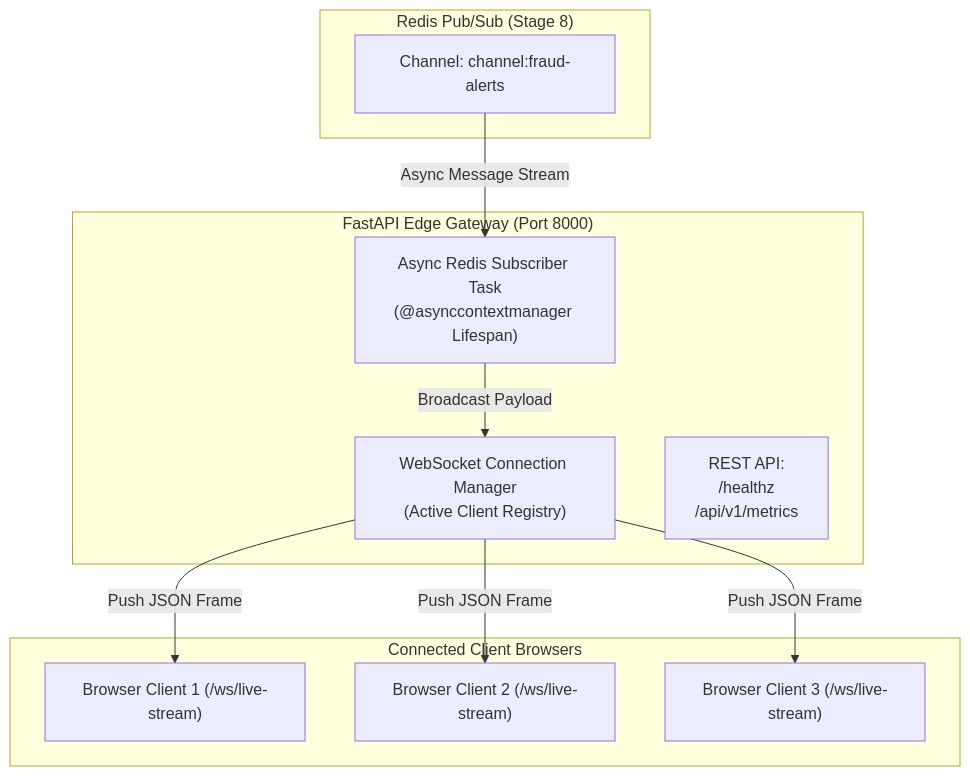
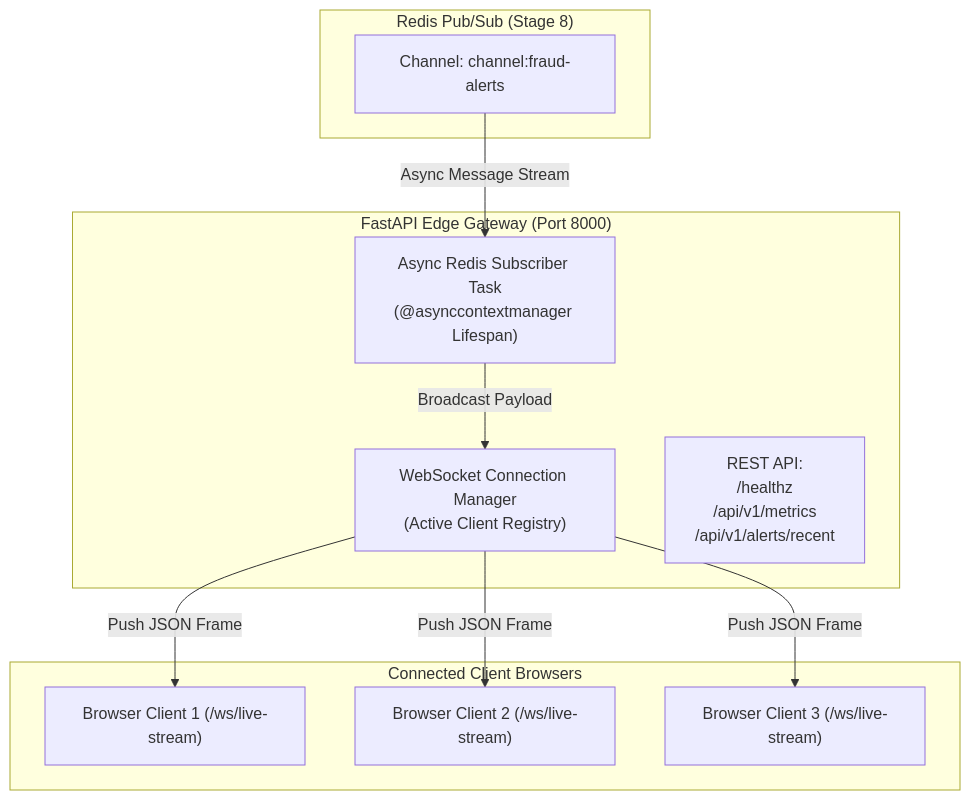
Before and after one commit to abubinfahd/realtime-fraud-detection: the diagram in docs/stage-09-fastapi-websocket.md, drawn with Mermaid. The commit also changed other lines of this file and 1 other file, not shown here.

Commit message:
docs(stage-9): update Stage 9 docs, system architecture, and README

````diff
--- a/docs/stage-09-fastapi-websocket.md
+++ b/docs/stage-09-fastapi-websocket.md
@@ -28,24 +31,24 @@
 ```mermaid
 flowchart TD
     subgraph PubSub["Redis Pub/Sub (Stage 8)"]
         CH["Channel: channel:fraud-alerts"]
     end
 
     subgraph Gateway["FastAPI Edge Gateway (Port 8000)"]
         SUB["Async Redis Subscriber Task\n(@asynccontextmanager Lifespan)"]
         MGR["WebSocket Connection Manager\n(Active Client Registry)"]
-        REST["REST API:\n/healthz\n/api/v1/metrics"]
+        REST["REST API:\n/healthz\n/api/v1/metrics\n/api/v1/alerts/recent"]
     end
 
     subgraph Browsers["Connected Client Browsers"]
         WS1["Browser Client 1 (/ws/live-stream)"]
         WS2["Browser Client 2 (/ws/live-stream)"]
         WS3["Browser Client 3 (/ws/live-stream)"]
     end
 
     CH -->|Async Message Stream| SUB
     SUB -->|Broadcast Payload| MGR
     MGR -->|Push JSON Frame| WS1
     MGR -->|Push JSON Frame| WS2
     MGR -->|Push JSON Frame| WS3
 ```
````
